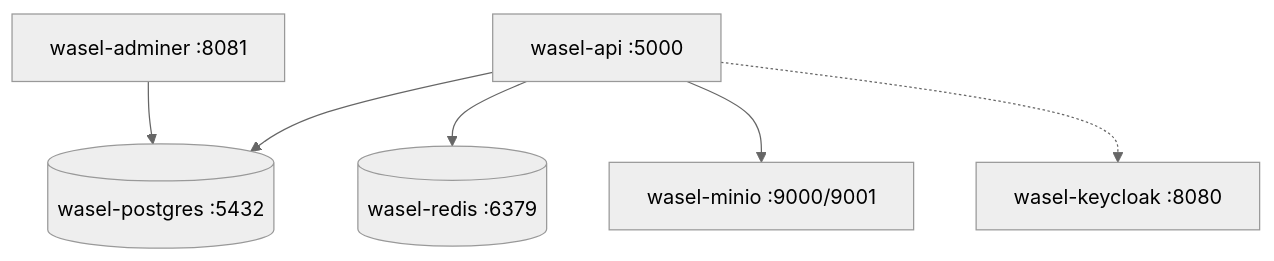
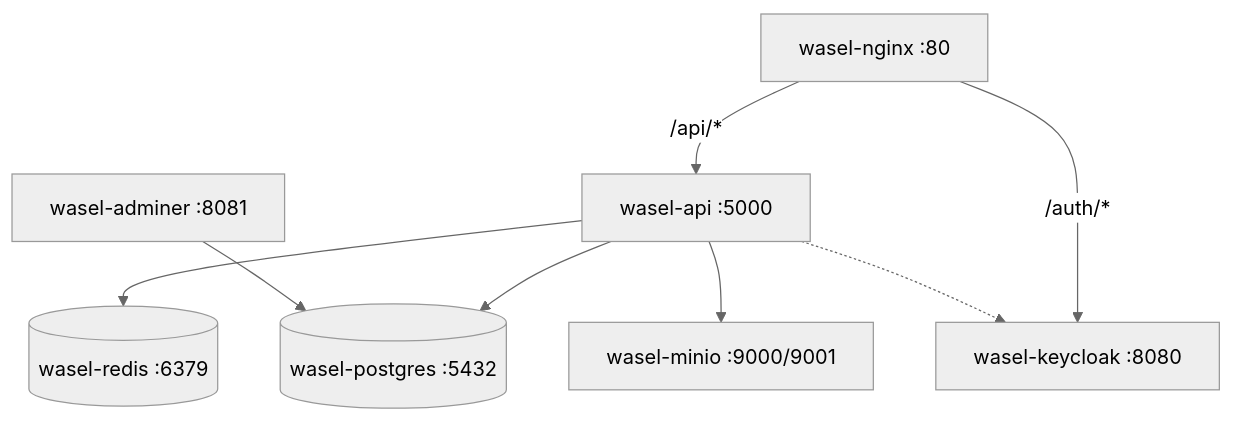
The fourth of 6 diagrams in docs/backend-guide.md (MYH-Projet/Wasel), drawn with Mermaid (neutral theme) before and after one commit. The commit also changed other lines of this file and 12 other files, not shown here.

````diff
--- a/docs/backend-guide.md
+++ b/docs/backend-guide.md
@@ -256,15 +265,18 @@
 ```mermaid
 graph TD
+    Nginx[wasel-nginx :80]
     API[wasel-api :5000]
     DB[(wasel-postgres :5432)]
     Cache[(wasel-redis :6379)]
     Storage[wasel-minio :9000/9001]
     IAM[wasel-keycloak :8080]
     UI[wasel-adminer :8081]
 
+    Nginx -->|/api/*| API
+    Nginx -->|/auth/*| IAM
     API --> DB
     API --> Cache
     API --> Storage
     API -.-> IAM
     UI --> DB
 ```
````
